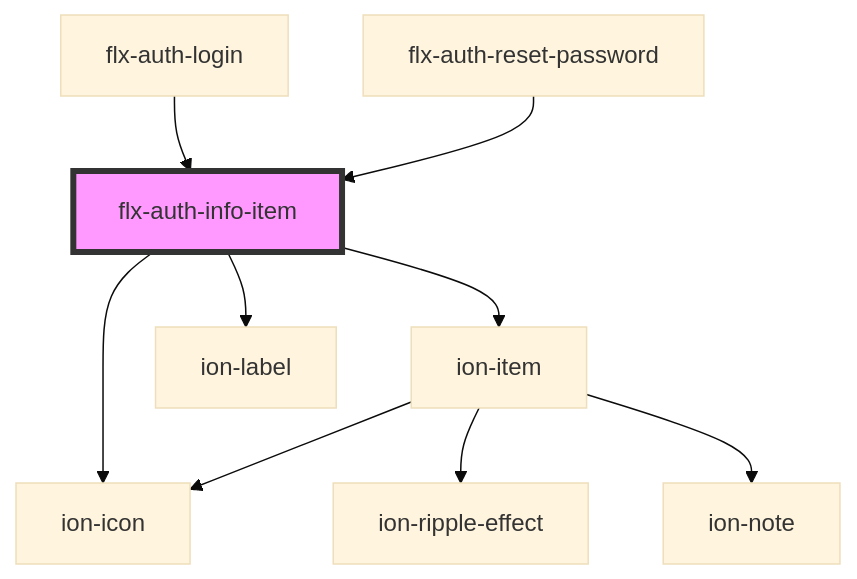
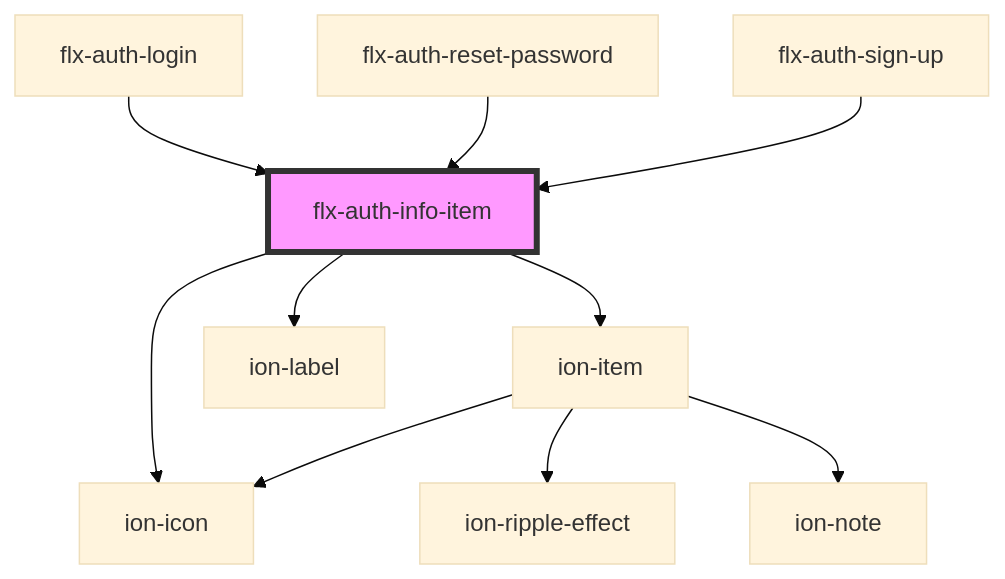
Before and after one commit to Scan0815/felix-core: the diagram in src/components/auth/info-item/readme.md, drawn with Mermaid (base theme). The commit also changed other lines of this file and 3 other files, not shown here.

````diff
--- a/src/components/auth/info-item/readme.md
+++ b/src/components/auth/info-item/readme.md
@@ -31,12 +32,13 @@
 ```mermaid
 graph TD;
   flx-auth-info-item --> ion-item
   flx-auth-info-item --> ion-icon
   flx-auth-info-item --> ion-label
   ion-item --> ion-icon
   ion-item --> ion-ripple-effect
   ion-item --> ion-note
   flx-auth-login --> flx-auth-info-item
   flx-auth-reset-password --> flx-auth-info-item
+  flx-auth-sign-up --> flx-auth-info-item
   style flx-auth-info-item fill:#f9f,stroke:#333,stroke-width:4px
 ```
````
